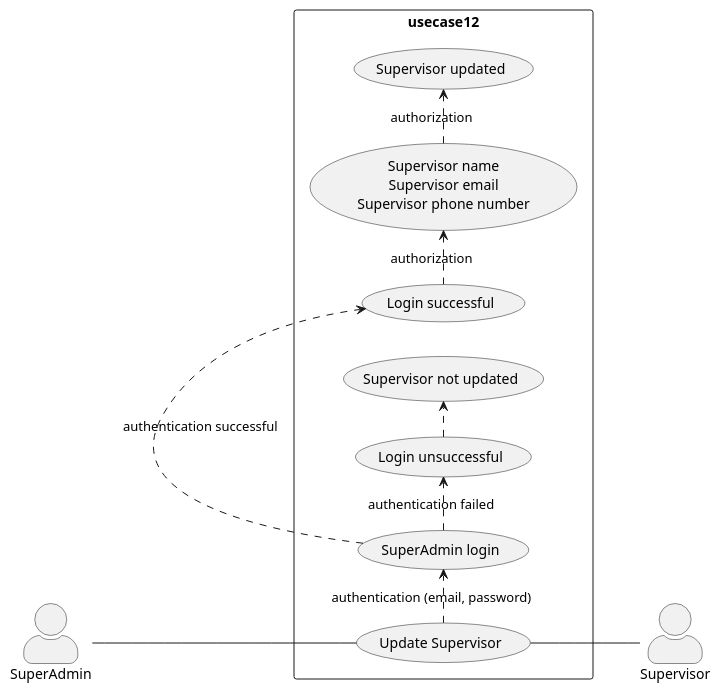
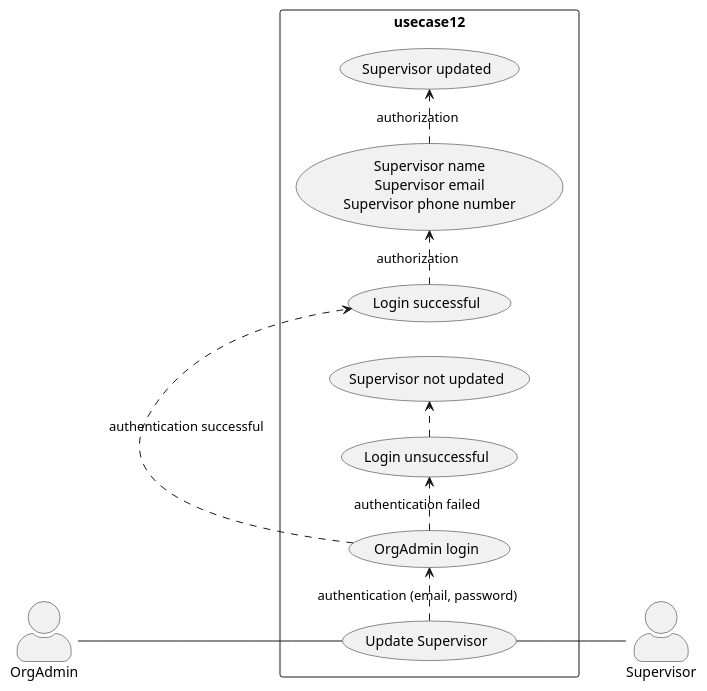
The diagram in 12_org_admin_usecase12.wsd (wawerualbert/CodeHub), drawn with PlantUML before and after one commit. The commit also changed 5 other files, not shown here.

```diff
--- a/12_org_admin_usecase12.wsd
+++ b/12_org_admin_usecase12.wsd
@@ -1,21 +1,21 @@
-@startuml SuperAdmin Update Supervisor
+@startuml OrgAdmin Update Supervisor
 
 skinparam actorStyle awesome
 left to right direction
 skinparam packageStyle rectangle
 
-actor SuperAdmin
+actor OrgAdmin
 actor Supervisor
 
 rectangle usecase12{
-  SuperAdmin-- (Update Supervisor)
-  (Update Supervisor) .> (SuperAdmin login) : authentication (email, password)
-  (SuperAdmin login) .> (Login successful) : authentication successful
+  OrgAdmin-- (Update Supervisor)
+  (Update Supervisor) .> (OrgAdmin login) : authentication (email, password)
+  (OrgAdmin login) .> (Login successful) : authentication successful
   (Login successful) .> (Supervisor name\nSupervisor email\nSupervisor phone number) : authorization
   (Supervisor name\nSupervisor email\nSupervisor phone number) .> (Supervisor updated) : authorization 
-  (SuperAdmin login) .> (Login unsuccessful) : authentication failed
+  (OrgAdmin login) .> (Login unsuccessful) : authentication failed
   (Login unsuccessful) .> (Supervisor not updated)  
   (Update Supervisor)-- Supervisor
 }
 
 @enduml
```
